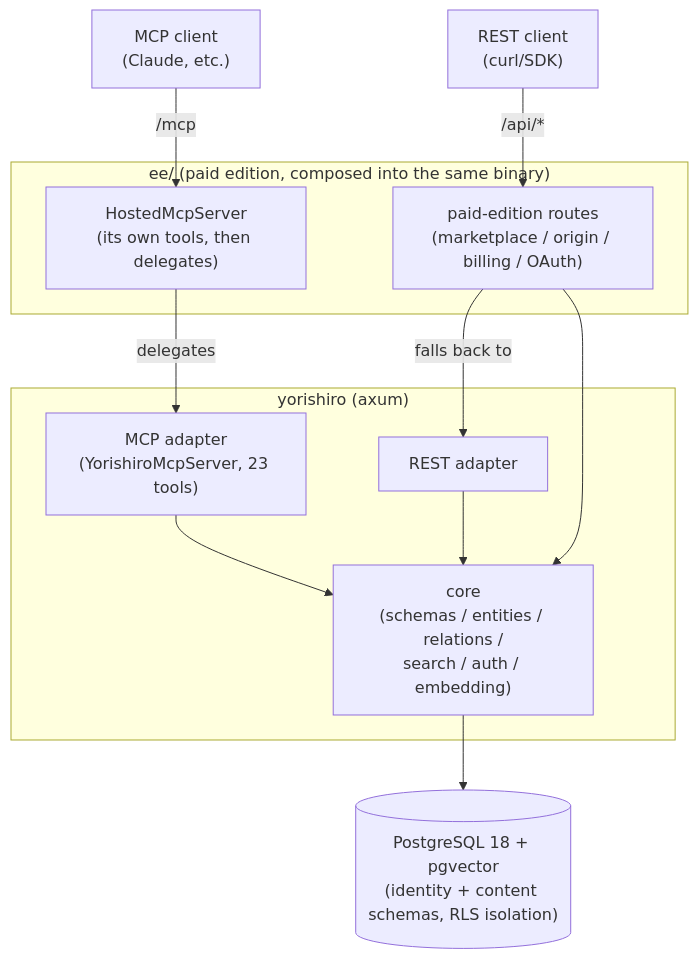
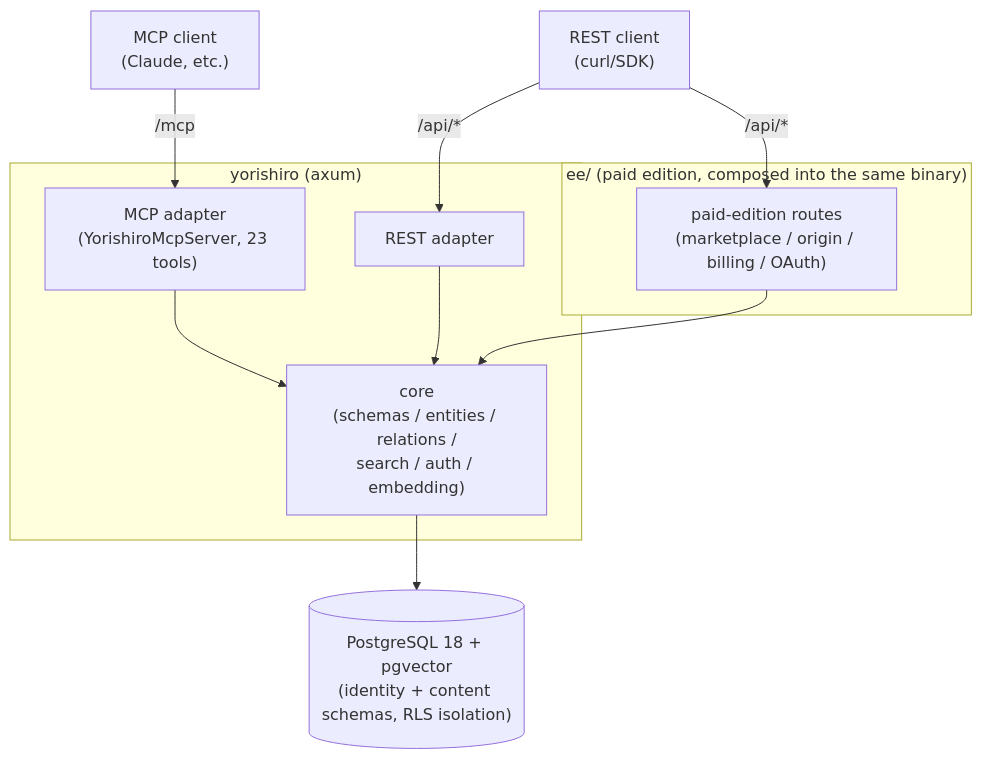
The first of 3 diagrams in README.md (yorishiro-ai/yorishiro), drawn with Mermaid before and after one commit. The commit also changed 1 other file, not shown here.

````diff
--- a/README.md
+++ b/README.md
@@ -12,27 +12,25 @@
 ```mermaid
 flowchart TD
     MCPClient["MCP client<br/>(Claude, etc.)"]
     RESTClient["REST client<br/>(curl/SDK)"]
 
     subgraph Paid["ee/ (paid edition, composed into the same binary)"]
-        HostedMCP["HostedMcpServer<br/>(its own tools, then delegates)"]
         HostedREST["paid-edition routes<br/>(marketplace / origin / billing / OAuth)"]
     end
 
     subgraph Server["yorishiro (axum)"]
         MCPAdapter["MCP adapter<br/>(YorishiroMcpServer, 23 tools)"]
         RESTAdapter["REST adapter"]
         Core["core<br/>(schemas / entities / relations /<br/>search / auth / embedding)"]
         MCPAdapter --> Core
         RESTAdapter --> Core
     end
 
     DB[("PostgreSQL 18 + pgvector<br/>(identity + content schemas, RLS isolation)")]
 
-    MCPClient -->|"/mcp"| HostedMCP
+    MCPClient -->|"/mcp"| MCPAdapter
     RESTClient -->|"/api/*"| HostedREST
-    HostedMCP -->|"delegates"| MCPAdapter
-    HostedREST -->|"falls back to"| RESTAdapter
+    RESTClient -->|"/api/*"| RESTAdapter
     HostedREST --> Core
     Core --> DB
 ```
````
